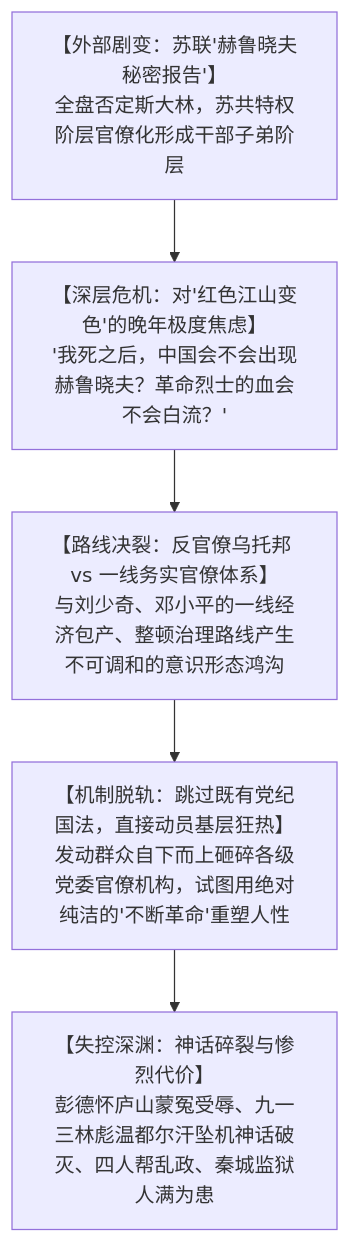
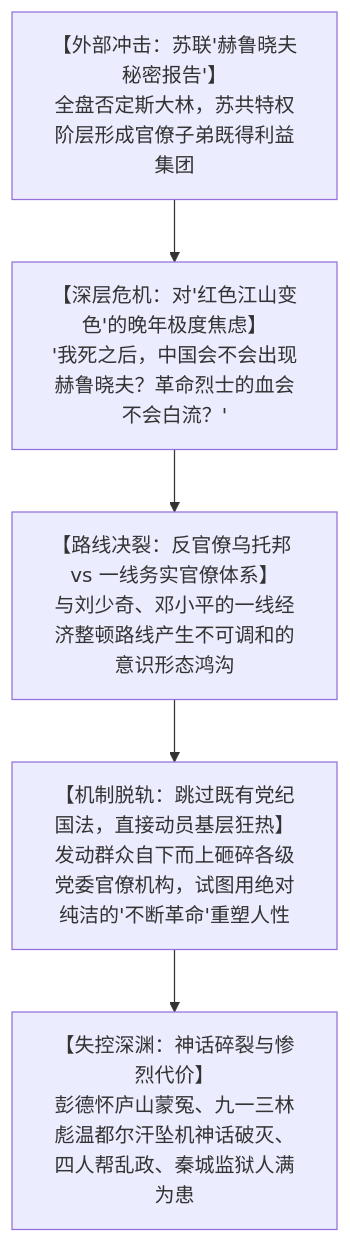
Before and after one commit to unendev/unendev.github.io: the second of 5 diagrams in src/content/blog/generational-amnesia-excessive-stability-and-civilization-fragility.md, drawn with Mermaid. The commit also changed other lines of this file and 1 other file, not shown here.

````diff
--- a/src/content/blog/generational-amnesia-excessive-stability-and-civilization-fragility.md
+++ b/src/content/blog/generational-amnesia-excessive-stability-and-civilization-fragility.md
@@ -89,10 +98,10 @@
 ```mermaid
 flowchart TD
-    P1["【外部剧变：苏联'赫鲁晓夫秘密报告'】<br>全盘否定斯大林，苏共特权阶层官僚化形成干部子弟阶层"] --> P2["【深层危机：对'红色江山变色'的晚年极度焦虑】<br>'我死之后，中国会不会出现赫鲁晓夫？革命烈士的血会不会白流？'"]
+    P1["【外部冲击：苏联'赫鲁晓夫秘密报告'】<br>全盘否定斯大林，苏共特权阶层形成官僚子弟既得利益集团"] --> P2["【深层危机：对'红色江山变色'的晚年极度焦虑】<br>'我死之后，中国会不会出现赫鲁晓夫？革命烈士的血会不会白流？'"]
     
-    P2 --> P3["【路线决裂：反官僚乌托邦 vs 一线务实官僚体系】<br>与刘少奇、邓小平的一线经济包产、整顿治理路线产生不可调和的意识形态鸿沟"]
+    P2 --> P3["【路线决裂：反官僚乌托邦 vs 一线务实官僚体系】<br>与刘少奇、邓小平的一线经济整顿路线产生不可调和的意识形态鸿沟"]
     
     P3 --> P4["【机制脱轨：跳过既有党纪国法，直接动员基层狂热】<br>发动群众自下而上砸碎各级党委官僚机构，试图用绝对纯洁的'不断革命'重塑人性"]
     
-    P4 --> P5["【失控深渊：神话碎裂与惨烈代价】<br>彭德怀庐山蒙冤受辱、九一三林彪温都尔汗坠机神话破灭、四人帮乱政、秦城监狱人满为患"]
+    P4 --> P5["【失控深渊：神话碎裂与惨烈代价】<br>彭德怀庐山蒙冤、九一三林彪温都尔汗坠机神话破灭、四人帮乱政、秦城监狱人满为患"]
 ```
````
